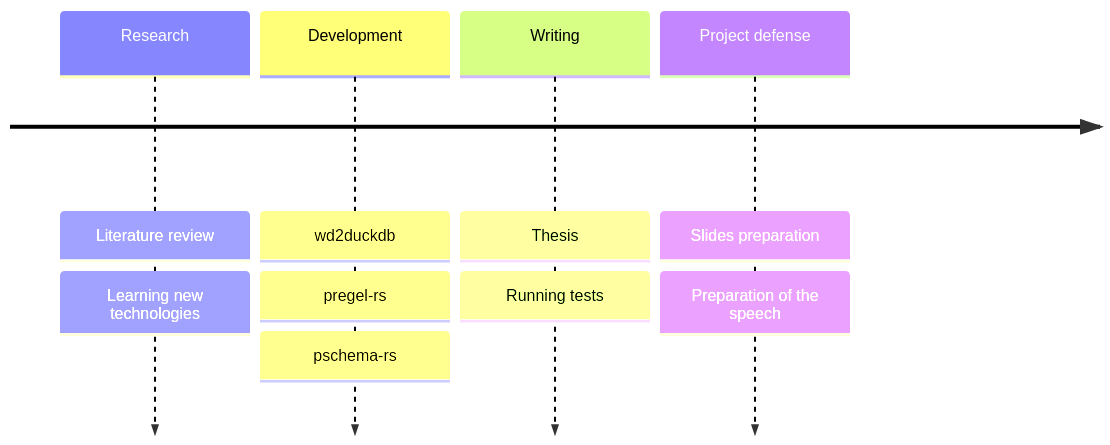
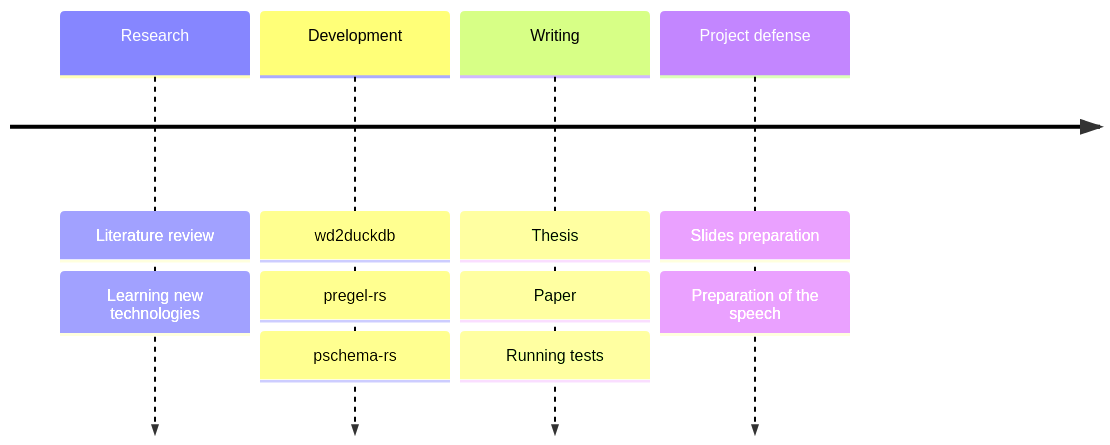
The diagram in slides/slides.md (angelip2303/tfg), drawn with Mermaid before and after one commit. The commit also changed other lines of this file and 16 other files, not shown here.

````diff
--- a/slides/slides.md
+++ b/slides/slides.md
@@ -34,16 +34,17 @@
 ```mermaid
 timeline
     Research 
         : Literature review
         : Learning new technologies
     Development 
         : wd2duckdb
         : pregel-rs
         : pschema-rs
     Writing
         : Thesis
+        : Paper
         : Running tests
     Project defense
         : Slides preparation
         : Preparation of the speech
 ```
````
